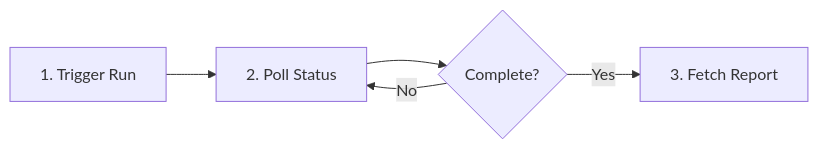
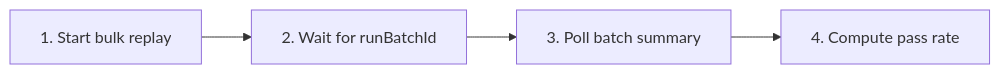
The diagram in api/running-tests-via-api.md (multiplex-ai/muggle-ai-docs), drawn with Mermaid before and after one commit. The commit also changed other lines of this file and 5 other files, not shown here.

````diff
--- a/api/running-tests-via-api.md
+++ b/api/running-tests-via-api.md
@@ -9,7 +17,6 @@
 ```mermaid
 flowchart LR
-    A["1. Trigger Run"] --> B["2. Poll Status"]
-    B --> C{"Complete?"}
-    C -->|No| B
-    C -->|Yes| D["3. Fetch Report"]
+    A["1. Start bulk replay"] --> B["2. Wait for runBatchId"]
+    B --> C["3. Poll batch summary"]
+    C --> D["4. Compute pass rate"]
 ```
````
